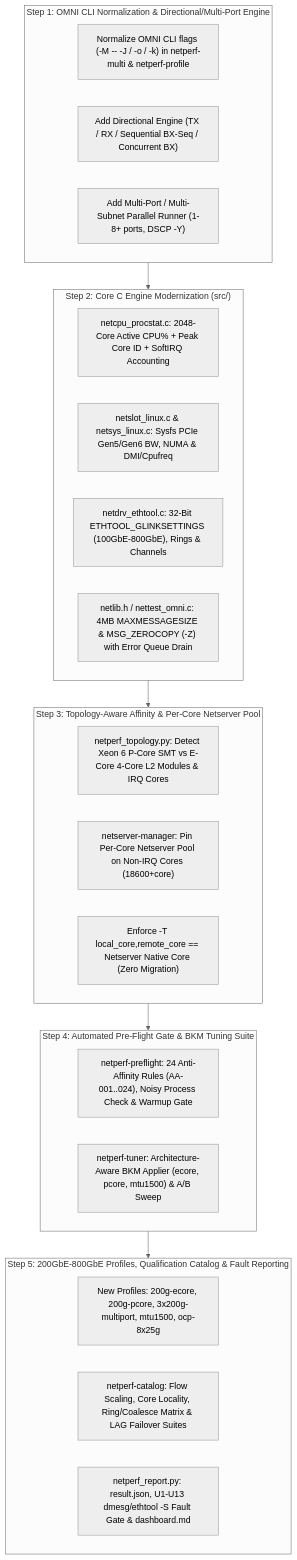
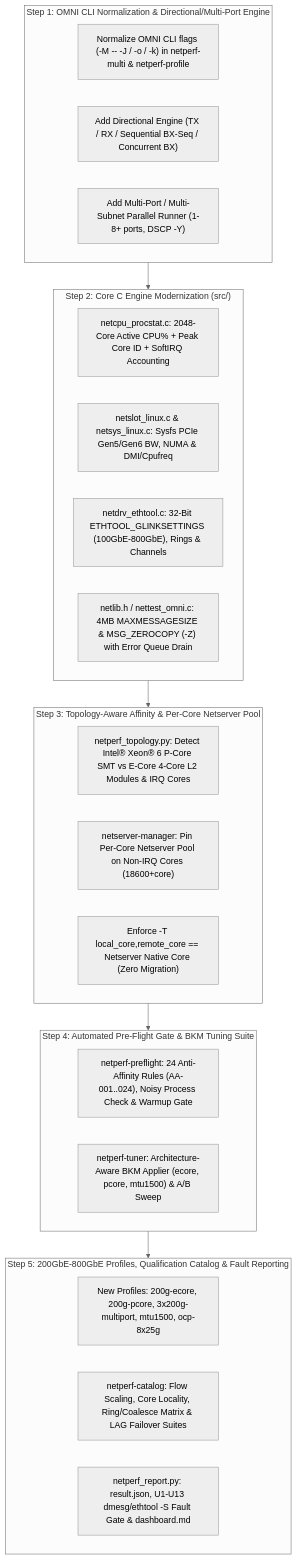
One commit to thehevy/netperf_copilot changed the diagram in dev/plans/phase-4-7-modernization-plan.md. Above: the diagram before and after it, drawn with Mermaid (neutral theme). The commit also changed other lines of this file and 55 other files, not shown here.

````diff
--- a/dev/plans/phase-4-7-modernization-plan.md
+++ b/dev/plans/phase-4-7-modernization-plan.md
@@ -51,34 +52,34 @@
 ```mermaid
 flowchart TD
     subgraph P4["Step 1: OMNI CLI Normalization & Directional/Multi-Port Engine"]
         A1["Normalize OMNI CLI flags (-M -- -J / -o / -k) in netperf-multi & netperf-profile"]
         A2["Add Directional Engine (TX / RX / Sequential BX-Seq / Concurrent BX)"]
         A3["Add Multi-Port / Multi-Subnet Parallel Runner (1-8+ ports, DSCP -Y)"]
     end
 
     subgraph P5["Step 2: Core C Engine Modernization (src/)"]
         B1["netcpu_procstat.c: 2048-Core Active CPU% + Peak Core ID + SoftIRQ Accounting"]
         B2["netslot_linux.c & netsys_linux.c: Sysfs PCIe Gen5/Gen6 BW, NUMA & DMI/Cpufreq"]
         B3["netdrv_ethtool.c: 32-Bit ETHTOOL_GLINKSETTINGS (100GbE-800GbE), Rings & Channels"]
         B4["netlib.h / nettest_omni.c: 4MB MAXMESSAGESIZE & MSG_ZEROCOPY (-Z) with Error Queue Drain"]
     end
 
     subgraph P6["Step 3: Topology-Aware Affinity & Per-Core Netserver Pool"]
-        C1["netperf_topology.py: Detect Xeon 6 P-Core SMT vs E-Core 4-Core L2 Modules & IRQ Cores"]
+        C1["netperf_topology.py: Detect Intel® Xeon® 6 P-Core SMT vs E-Core 4-Core L2 Modules & IRQ Cores"]
         C2["netserver-manager: Pin Per-Core Netserver Pool on Non-IRQ Cores (18600+core)"]
         C3["Enforce -T local_core,remote_core == Netserver Native Core (Zero Migration)"]
     end
 
     subgraph P7["Step 4: Automated Pre-Flight Gate & BKM Tuning Suite"]
         D1["netperf-preflight: 24 Anti-Affinity Rules (AA-001..024), Noisy Process Check & Warmup Gate"]
         D2["netperf-tuner: Architecture-Aware BKM Applier (ecore, pcore, mtu1500) & A/B Sweep"]
     end
 
     subgraph P8["Step 5: 200GbE-800GbE Profiles, Qualification Catalog & Fault Reporting"]
         E1["New Profiles: 200g-ecore, 200g-pcore, 3x200g-multiport, mtu1500, ocp-8x25g"]
         E2["netperf-catalog: Flow Scaling, Core Locality, Ring/Coalesce Matrix & LAG Failover Suites"]
         E3["netperf_report.py: result.json, U1-U13 dmesg/ethtool -S Fault Gate & dashboard.md"]
     end
 
     P4 --> P5 --> P6 --> P7 --> P8
 ```
````
